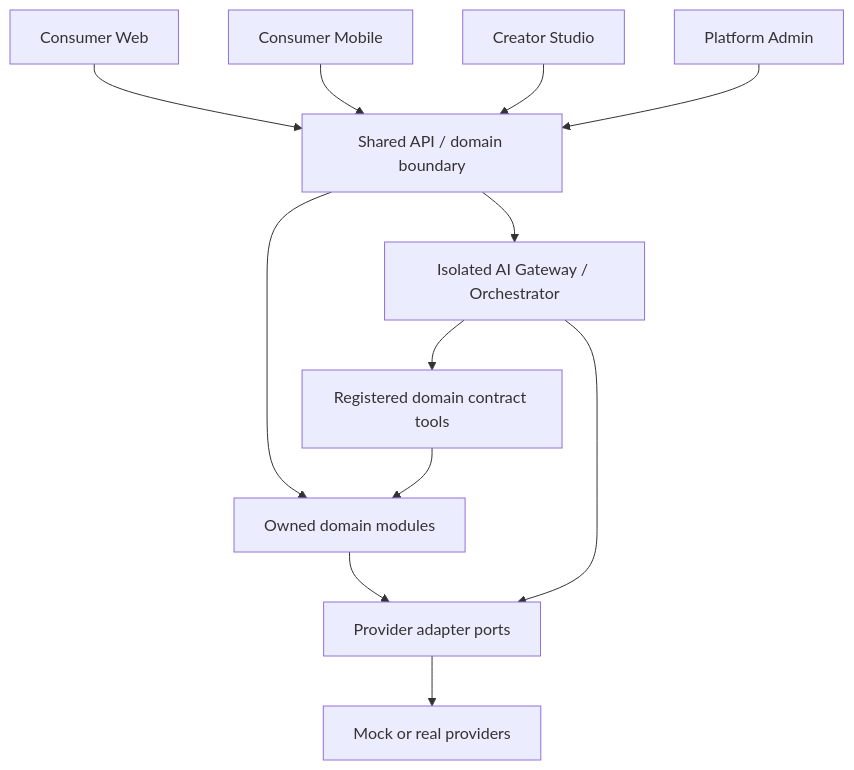
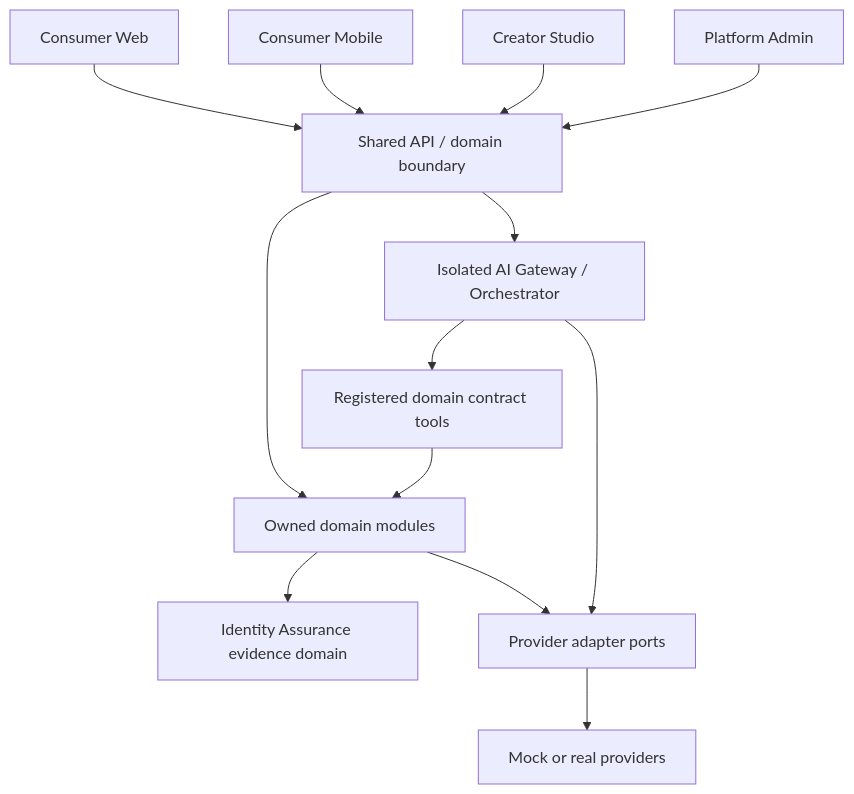
The diagram in docs/architecture/01-system-overview.md (choudhary-lokeshh/VELORA), drawn with Mermaid before and after one commit. The commit also changed other lines of this file and 52 other files, not shown here.

Commit message:
docs(identity): establish assurance and verification architecture

````diff
--- a/docs/architecture/01-system-overview.md
+++ b/docs/architecture/01-system-overview.md
@@ -7,14 +7,15 @@
 ```mermaid
 flowchart TB
   CW[Consumer Web] --> API[Shared API / domain boundary]
   CM[Consumer Mobile] --> API
   CS[Creator Studio] --> API
   PA[Platform Admin] --> API
   API --> D[Owned domain modules]
+  D --> ID[Identity Assurance evidence domain]
   API --> AI[Isolated AI Gateway / Orchestrator]
   AI --> C[Registered domain contract tools]
   C --> D
   D --> P[Provider adapter ports]
   AI --> P
   P --> X[Mock or real providers]
 ```
````
